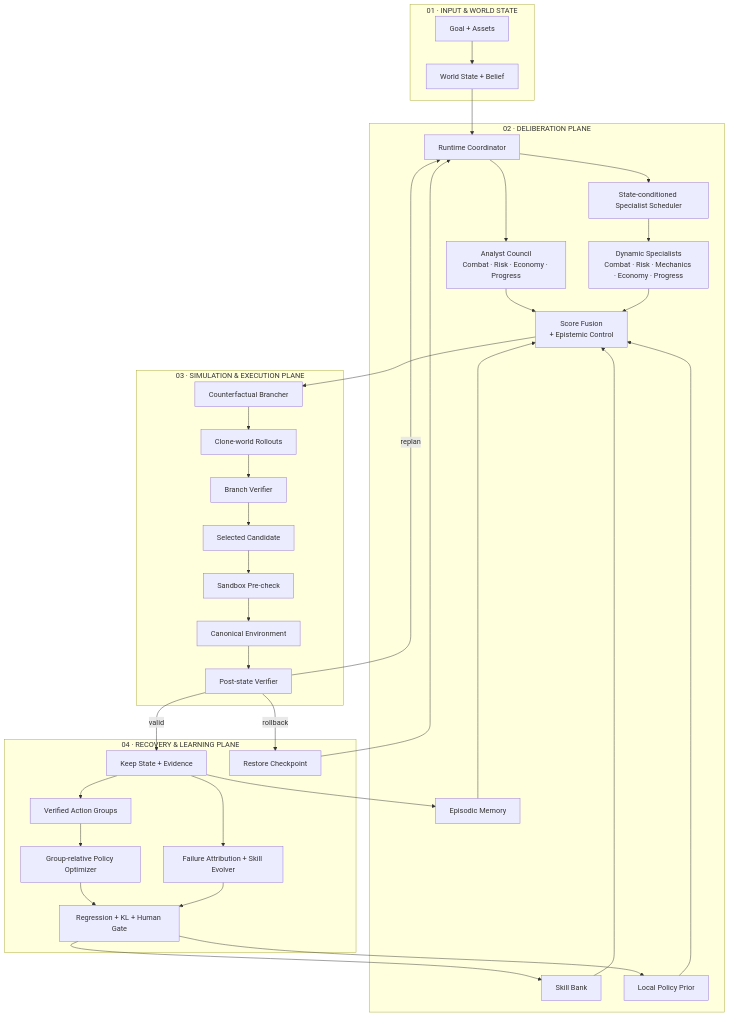
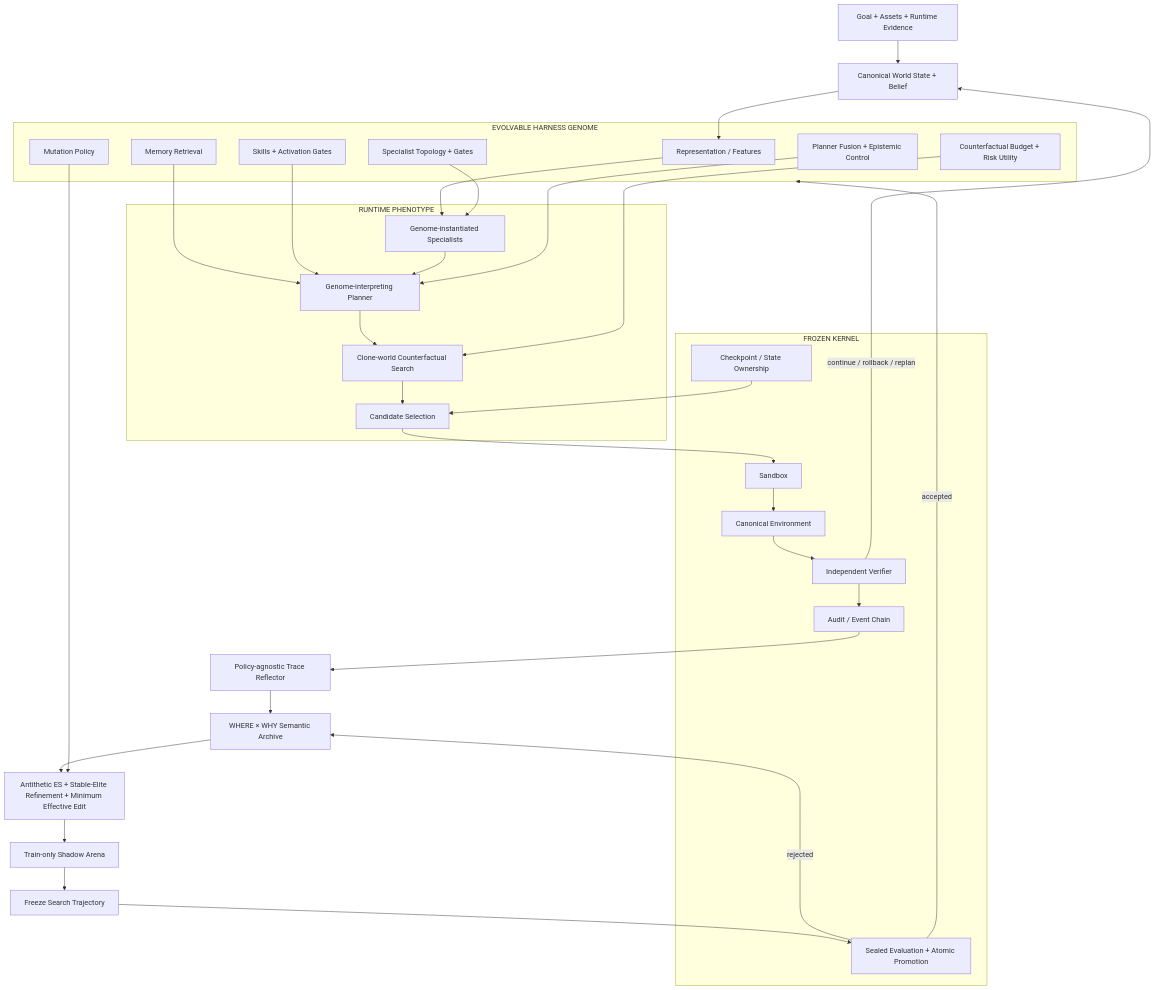
The first of 3 diagrams in README.md (jiaweine/lingjing-game-studio), drawn with Mermaid before and after one commit. The commit also changed other lines of this file, not shown here.

Commit message:
Rewrite README around the self-evolving harness runtime

````diff
--- a/README.md
+++ b/README.md
@@ -37,69 +39,55 @@
 ```mermaid
 flowchart TB
-    subgraph INPUT["01 · INPUT & WORLD STATE"]
-        GOAL["Goal + Assets"]
-        STATE["World State + Belief"]
-        GOAL --> STATE
+    INPUT["Goal + Assets + Runtime Evidence"] --> STATE["Canonical World State + Belief"]
+
+    subgraph GENOME["EVOLVABLE HARNESS GENOME"]
+        FEAT["Representation / Features"]
+        MEM["Memory Retrieval"]
+        SKILL["Skills + Activation Gates"]
+        TOPO["Specialist Topology + Gates"]
+        FUSION["Planner Fusion + Epistemic Control"]
+        SEARCH["Counterfactual Budget + Risk Utility"]
+        MUT["Mutation Policy"]
     end
 
-    subgraph DELIB["02 · DELIBERATION PLANE"]
-        COORD["Runtime Coordinator"]
-        COUNCIL["Analyst Council<br/>Combat · Risk · Economy · Progress"]
-        SCHED["State-conditioned Specialist Scheduler"]
-        SPEC["Dynamic Specialists<br/>Combat · Risk · Mechanics · Economy · Progress"]
-        SKILL["Skill Bank"]
-        MEMORY["Episodic Memory"]
-        POLICY["Local Policy Prior"]
-        FUSION["Score Fusion<br/>+ Epistemic Control"]
-
-        STATE --> COORD
-        COORD --> COUNCIL
-        COORD --> SCHED
-        SCHED --> SPEC
-        COUNCIL --> FUSION
-        SPEC --> FUSION
-        SKILL --> FUSION
-        MEMORY --> FUSION
-        POLICY --> FUSION
+    subgraph EXEC["RUNTIME PHENOTYPE"]
+        SPEC["Genome-instantiated Specialists"]
+        PLAN["Genome-interpreting Planner"]
+        BRANCH["Clone-world Counterfactual Search"]
+        CHOOSE["Candidate Selection"]
     end
 
-    subgraph EXEC["03 · SIMULATION & EXECUTION PLANE"]
-        BRANCH["Counterfactual Brancher"]
-        CLONE["Clone-world Rollouts"]
-        BVERIFY["Branch Verifier"]
-        SELECT["Selected Candidate"]
-        SANDBOX["Sandbox Pre-check"]
+    subgraph KERNEL["FROZEN KERNEL"]
+        CHECK["Checkpoint / State Ownership"]
+        SANDBOX["Sandbox"]
         CANON["Canonical Environment"]
-        PVERIFY["Post-state Verifier"]
-
-        FUSION --> BRANCH
-        BRANCH --> CLONE
-        CLONE --> BVERIFY
-        BVERIFY --> SELECT
-        SELECT --> SANDBOX
-        SANDBOX --> CANON
-        CANON --> PVERIFY
+        VERIFY["Independent Verifier"]
+        EVENTS["Audit / Event Chain"]
+        PROMOTE["Sealed Evaluation + Atomic Promotion"]
     end
 
-    subgraph LEARN["04 · RECOVERY & LEARNING PLANE"]
-        KEEP["Keep State + Evidence"]
-        CHECKPOINT["Restore Checkpoint"]
-        GROUPS["Verified Action Groups"]
-        OPT["Group-relative Policy Optimizer"]
-        EVOLVE["Failure Attribution + Skill Evolver"]
-        GATE["Regression + KL + Human Gate"]
+    STATE --> FEAT
+    FEAT --> SPEC
+    MEM --> PLAN
+    SKILL --> PLAN
+    TOPO --> SPEC
+    SPEC --> PLAN
+    FUSION --> PLAN
+    PLAN --> BRANCH
+    SEARCH --> BRANCH
+    BRANCH --> CHOOSE
+    CHECK --> CHOOSE
+    CHOOSE --> SANDBOX --> CANON --> VERIFY
+    VERIFY --> EVENTS
+    VERIFY -->|continue / rollback / replan| STATE
 
-        PVERIFY -->|valid| KEEP
-        PVERIFY -->|rollback| CHECKPOINT
-        PVERIFY -->|replan| COORD
-        CHECKPOINT --> COORD
-        KEEP --> MEMORY
-        KEEP --> GROUPS
-        KEEP --> EVOLVE
-        GROUPS --> OPT
-        OPT --> GATE
-        EVOLVE --> GATE
-        GATE --> SKILL
-        GATE --> POLICY
-    end
+    EVENTS --> REFLECT["Policy-agnostic Trace Reflector"]
+    REFLECT --> QD["WHERE × WHY Semantic Archive"]
+    QD --> EVOLVE["Antithetic ES + Stable-Elite Refinement + Minimum Effective Edit"]
+    MUT --> EVOLVE
+    EVOLVE --> SHADOW["Train-only Shadow Arena"]
+    SHADOW --> FREEZE["Freeze Search Trajectory"]
+    FREEZE --> PROMOTE
+    PROMOTE -->|accepted| GENOME
+    PROMOTE -->|rejected| QD
 ```
````
